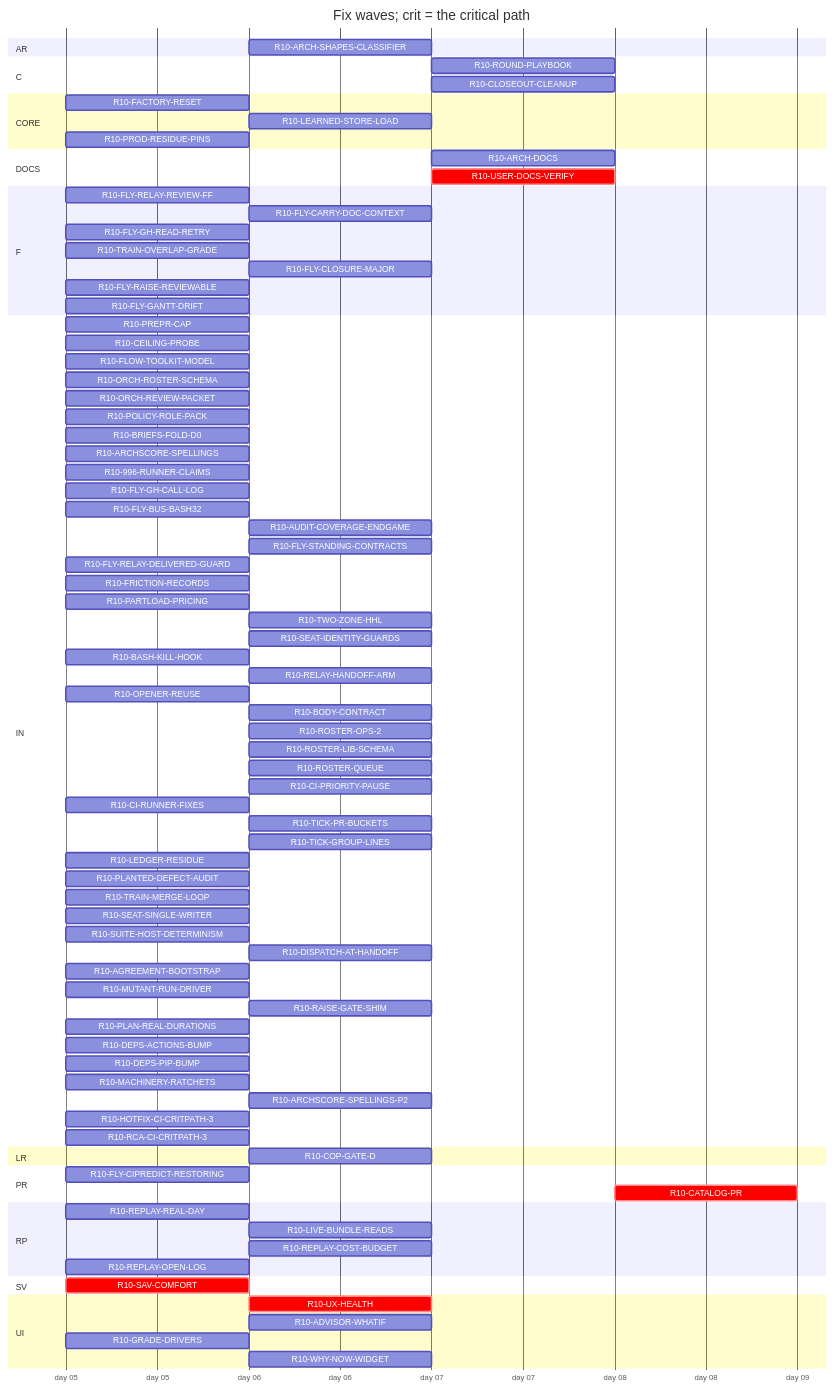
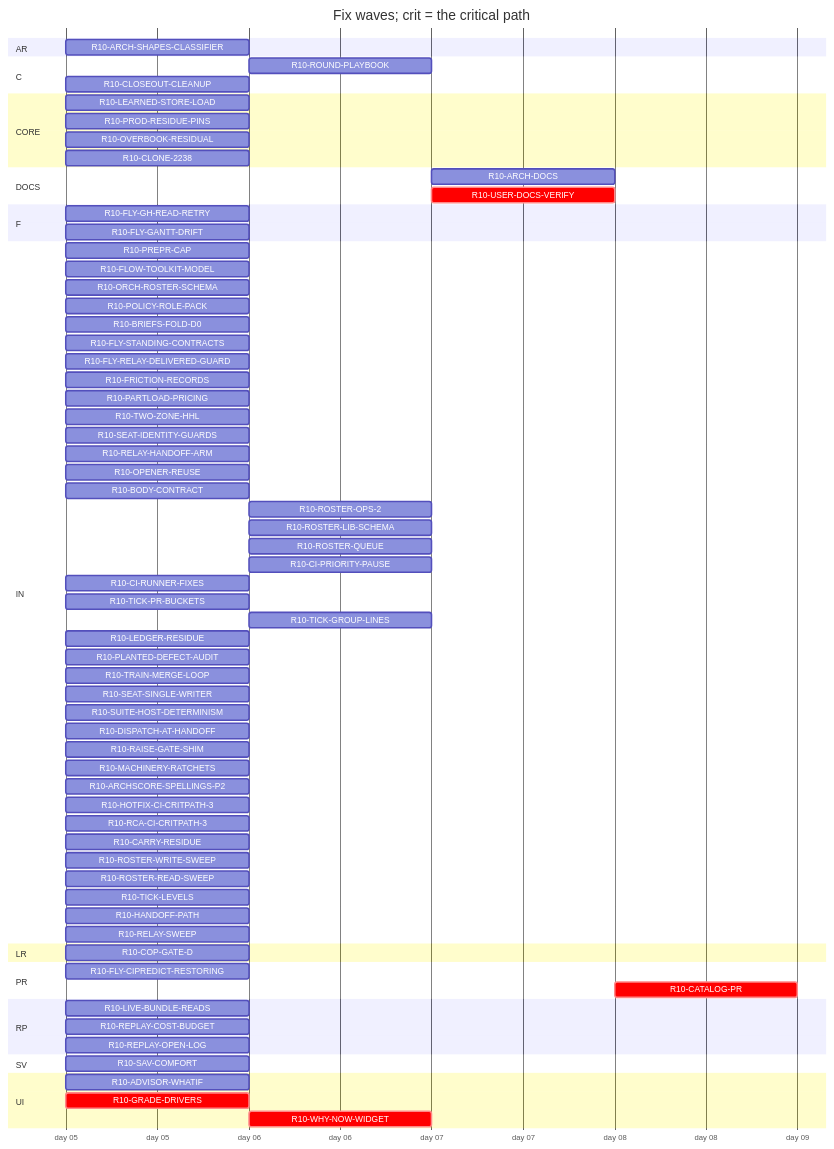
Before and after one commit to tvofi/heatpump_optimizer: the diagram in handoff/round10/state/PLAN-TABLE.md, drawn with Mermaid. The commit also changed other lines of this file and 4 other files, not shown here.

Commit message:
state: FLOW-BOARD.md, NEXT-SESSION-PROMPT.md, PLAN-TABLE.md, PLAN.html, RESUME-CURRENT.md regenerated (state_docs.py)

````diff
--- a/handoff/round10/state/PLAN-TABLE.md
+++ b/handoff/round10/state/PLAN-TABLE.md
@@ -27,86 +27,73 @@
   dateFormat YYYY-MM-DD
   axisFormat day %d
   section AR
-    R10-ARCH-SHAPES-CLASSIFIER :r10ARCHSHAPESCLASSIFIER, after r10996RUNNERCLAIMS, 1d
+    R10-ARCH-SHAPES-CLASSIFIER :r10ARCHSHAPESCLASSIFIER, 2026-01-05, 1d
   section C
-    R10-ROUND-PLAYBOOK :r10ROUNDPLAYBOOK, after r10POLICYROLEPACK r10FRICTIONRECORDS r10COPGATED r10GRADEDRIVERS r10PARTLOADPRICING r10TWOZONEHHL r10OPENERREUSE r10BODYCONTRACT r10CIPRIORITYPAUSE r10TRAINMERGELOOP r10DISPATCHATHANDOFF r10LIVEBUNDLEREADS, 1d
-    R10-CLOSEOUT-CLEANUP :r10CLOSEOUTCLEANUP, after r10AUDITCOVERAGEENDGAME, 1d
+    R10-ROUND-PLAYBOOK :r10ROUNDPLAYBOOK, after r10MACHINERYRATCHETS r10PREPRCAP r10HANDOFFPATH r10RELAYSWEEP r10TRAINMERGELOOP r10DISPATCHATHANDOFF r10BODYCONTRACT r10TICKLEVELS r10CIPRIORITYPAUSE r10ROSTERWRITESWEEP r10ROSTERREADSWEEP r10FLYSTANDINGCONTRACTS r10POLICYROLEPACK r10FRICTIONRECORDS r10FLOWTOOLKITMODEL r10SEATIDENTITYGUARDS r10LEDGERRESIDUE r10CIRUNNERFIXES r10FLYCIPREDICTRESTORING r10RAISEGATESHIM r10PLANTEDDEFECTAUDIT r10FLYGHREADRETRY r10SUITEHOSTDETERMINISM r10ARCHSCORESPELLINGSP2, 1d
+    R10-CLOSEOUT-CLEANUP :r10CLOSEOUTCLEANUP, 2026-01-05, 1d
   section CORE
-    R10-FACTORY-RESET :r10FACTORYRESET, 2026-01-05, 1d
-    R10-LEARNED-STORE-LOAD :r10LEARNEDSTORELOAD, after r10FACTORYRESET, 1d
+    R10-LEARNED-STORE-LOAD :r10LEARNEDSTORELOAD, 2026-01-05, 1d
     R10-PROD-RESIDUE-PINS :r10PRODRESIDUEPINS, 2026-01-05, 1d
+    R10-OVERBOOK-RESIDUAL :r10OVERBOOKRESIDUAL, 2026-01-05, 1d
+    R10-CLONE-2238 :r10CLONE2238, 2026-01-05, 1d
   section DOCS
-    R10-ARCH-DOCS :r10ARCHDOCS, after r10UXHEALTH r10SAVCOMFORT r10CEILINGPROBE r10POLICYROLEPACK r10REPLAYREALDAY r10FRICTIONRECORDS r10COPGATED r10GRADEDRIVERS r10PARTLOADPRICING r10TWOZONEHHL r10OPENERREUSE r10BODYCONTRACT r10CIPRIORITYPAUSE r10TRAINMERGELOOP r10DISPATCHATHANDOFF r10LIVEBUNDLEREADS, 1d
-    R10-USER-DOCS-VERIFY :crit, r10USERDOCSVERIFY, after r10UXHEALTH r10SAVCOMFORT r10CEILINGPROBE r10FACTORYRESET r10ARCHSHAPESCLASSIFIER r10FRICTIONRECORDS r10COPGATED r10GRADEDRIVERS r10PARTLOADPRICING r10TWOZONEHHL r10LIVEBUNDLEREADS r10WHYNOWWIDGET r10ADVISORWHATIF r10LEARNEDSTORELOAD, 1d
+    R10-ARCH-DOCS :r10ARCHDOCS, after r10CARRYRESIDUE r10OVERBOOKRESIDUAL r10CLONE2238 r10SAVCOMFORT r10COPGATED r10GRADEDRIVERS r10WHYNOWWIDGET r10PARTLOADPRICING r10TWOZONEHHL r10ARCHSHAPESCLASSIFIER r10ADVISORWHATIF r10LEARNEDSTORELOAD r10PRODRESIDUEPINS r10LIVEBUNDLEREADS r10REPLAYCOSTBUDGET r10REPLAYOPENLOG r10MACHINERYRATCHETS r10PREPRCAP r10HANDOFFPATH r10RELAYSWEEP r10TRAINMERGELOOP r10DISPATCHATHANDOFF r10BODYCONTRACT r10TICKLEVELS r10CIPRIORITYPAUSE r10ROSTERWRITESWEEP r10ROSTERREADSWEEP r10FLYSTANDINGCONTRACTS r10POLICYROLEPACK r10FRICTIONRECORDS r10FLOWTOOLKITMODEL r10SEATIDENTITYGUARDS r10LEDGERRESIDUE r10CIRUNNERFIXES r10FLYCIPREDICTRESTORING r10RAISEGATESHIM r10PLANTEDDEFECTAUDIT r10FLYGHREADRETRY r10SUITEHOSTDETERMINISM r10ARCHSCORESPELLINGSP2, 1d
+    R10-USER-DOCS-VERIFY :crit, r10USERDOCSVERIFY, after r10CARRYRESIDUE r10OVERBOOKRESIDUAL r10CLONE2238 r10SAVCOMFORT r10COPGATED r10GRADEDRIVERS r10WHYNOWWIDGET r10PARTLOADPRICING r10TWOZONEHHL r10ARCHSHAPESCLASSIFIER r10ADVISORWHATIF r10LEARNEDSTORELOAD r10PRODRESIDUEPINS r10LIVEBUNDLEREADS r10REPLAYCOSTBUDGET r10REPLAYOPENLOG, 1d
   section F
-    R10-FLY-RELAY-REVIEW-FF :r10FLYRELAYREVIEWFF, 2026-01-05, 1d
-    R10-FLY-CARRY-DOC-CONTEXT :r10FLYCARRYDOCCONTEXT, after r10FLYGHREADRETRY, 1d
     R10-FLY-GH-READ-RETRY :r10FLYGHREADRETRY, 2026-01-05, 1d
-    R10-TRAIN-OVERLAP-GRADE :r10TRAINOVERLAPGRADE, 2026-01-05, 1d
-    R10-FLY-CLOSURE-MAJOR :r10FLYCLOSUREMAJOR, after r10MACHINERYRATCHETS, 1d
-    R10-FLY-RAISE-REVIEWABLE :r10FLYRAISEREVIEWABLE, 2026-01-05, 1d
     R10-FLY-GANTT-DRIFT :r10FLYGANTTDRIFT, 2026-01-05, 1d
   section IN
     R10-PREPR-CAP :r10PREPRCAP, 2026-01-05, 1d
-    R10-CEILING-PROBE :r10CEILINGPROBE, 2026-01-05, 1d
     R10-FLOW-TOOLKIT-MODEL :r10FLOWTOOLKITMODEL, 2026-01-05, 1d
     R10-ORCH-ROSTER-SCHEMA :r10ORCHROSTERSCHEMA, 2026-01-05, 1d
-    R10-ORCH-REVIEW-PACKET :r10ORCHREVIEWPACKET, 2026-01-05, 1d
     R10-POLICY-ROLE-PACK :r10POLICYROLEPACK, 2026-01-05, 1d
     R10-BRIEFS-FOLD-D0 :r10BRIEFSFOLDD0, 2026-01-05, 1d
-    R10-ARCHSCORE-SPELLINGS :r10ARCHSCORESPELLINGS, 2026-01-05, 1d
-    R10-996-RUNNER-CLAIMS :r10996RUNNERCLAIMS, 2026-01-05, 1d
-    R10-FLY-GH-CALL-LOG :r10FLYGHCALLLOG, 2026-01-05, 1d
-    R10-FLY-BUS-BASH32 :r10FLYBUSBASH32, 2026-01-05, 1d
-    R10-AUDIT-COVERAGE-ENDGAME :r10AUDITCOVERAGEENDGAME, after r10996RUNNERCLAIMS, 1d
-    R10-FLY-STANDING-CONTRACTS :r10FLYSTANDINGCONTRACTS, after r10MACHINERYRATCHETS, 1d
+    R10-FLY-STANDING-CONTRACTS :r10FLYSTANDINGCONTRACTS, 2026-01-05, 1d
     R10-FLY-RELAY-DELIVERED-GUARD :r10FLYRELAYDELIVEREDGUARD, 2026-01-05, 1d
     R10-FRICTION-RECORDS :r10FRICTIONRECORDS, 2026-01-05, 1d
     R10-PARTLOAD-PRICING :r10PARTLOADPRICING, 2026-01-05, 1d
-    R10-TWO-ZONE-HHL :r10TWOZONEHHL, after r10CEILINGPROBE, 1d
-    R10-SEAT-IDENTITY-GUARDS :r10SEATIDENTITYGUARDS, after r10PREPRCAP, 1d
-    R10-BASH-KILL-HOOK :r10BASHKILLHOOK, 2026-01-05, 1d
-    R10-RELAY-HANDOFF-ARM :r10RELAYHANDOFFARM, after r10FLYRELAYREVIEWFF, 1d
+    R10-TWO-ZONE-HHL :r10TWOZONEHHL, 2026-01-05, 1d
+    R10-SEAT-IDENTITY-GUARDS :r10SEATIDENTITYGUARDS, 2026-01-05, 1d
+    R10-RELAY-HANDOFF-ARM :r10RELAYHANDOFFARM, 2026-01-05, 1d
     R10-OPENER-REUSE :r10OPENERREUSE, 2026-01-05, 1d
-    R10-BODY-CONTRACT :r10BODYCONTRACT, after r10FLYRELAYREVIEWFF r10MUTANTRUNDRIVER, 1d
+    R10-BODY-CONTRACT :r10BODYCONTRACT, 2026-01-05, 1d
     R10-ROSTER-OPS-2 :r10ROSTEROPS2, after r10ORCHROSTERSCHEMA, 1d
     R10-ROSTER-LIB-SCHEMA :r10ROSTERLIBSCHEMA, after r10ORCHROSTERSCHEMA, 1d
     R10-ROSTER-QUEUE :r10ROSTERQUEUE, after r10ORCHROSTERSCHEMA, 1d
-    R10-CI-PRIORITY-PAUSE :r10CIPRIORITYPAUSE, after r10ORCHROSTERSCHEMA, 1d
+    R10-CI-PRIORITY-PAUSE :r10CIPRIORITYPAUSE, after r10TICKLEVELS, 1d
     R10-CI-RUNNER-FIXES :r10CIRUNNERFIXES, 2026-01-05, 1d
-    R10-TICK-PR-BUCKETS :r10TICKPRBUCKETS, after r10MUTANTRUNDRIVER, 1d
+    R10-TICK-PR-BUCKETS :r10TICKPRBUCKETS, 2026-01-05, 1d
     R10-TICK-GROUP-LINES :r10TICKGROUPLINES, after r10ORCHROSTERSCHEMA, 1d
     R10-LEDGER-RESIDUE :r10LEDGERRESIDUE, 2026-01-05, 1d
     R10-PLANTED-DEFECT-AUDIT :r10PLANTEDDEFECTAUDIT, 2026-01-05, 1d
     R10-TRAIN-MERGE-LOOP :r10TRAINMERGELOOP, 2026-01-05, 1d
     R10-SEAT-SINGLE-WRITER :r10SEATSINGLEWRITER, 2026-01-05, 1d
     R10-SUITE-HOST-DETERMINISM :r10SUITEHOSTDETERMINISM, 2026-01-05, 1d
-    R10-DISPATCH-AT-HANDOFF :r10DISPATCHATHANDOFF, after r10ORCHREVIEWPACKET r10MUTANTRUNDRIVER, 1d
-    R10-AGREEMENT-BOOTSTRAP :r10AGREEMENTBOOTSTRAP, 2026-01-05, 1d
-    R10-MUTANT-RUN-DRIVER :r10MUTANTRUNDRIVER, 2026-01-05, 1d
-    R10-RAISE-GATE-SHIM :r10RAISEGATESHIM, after r10FLYGHCALLLOG, 1d
-    R10-PLAN-REAL-DURATIONS :r10PLANREALDURATIONS, 2026-01-05, 1d
-    R10-DEPS-ACTIONS-BUMP :r10DEPSACTIONSBUMP, 2026-01-05, 1d
-    R10-DEPS-PIP-BUMP :r10DEPSPIPBUMP, 2026-01-05, 1d
+    R10-DISPATCH-AT-HANDOFF :r10DISPATCHATHANDOFF, 2026-01-05, 1d
+    R10-RAISE-GATE-SHIM :r10RAISEGATESHIM, 2026-01-05, 1d
     R10-MACHINERY-RATCHETS :r10MACHINERYRATCHETS, 2026-01-05, 1d
-    R10-ARCHSCORE-SPELLINGS-P2 :r10ARCHSCORESPELLINGSP2, after r10ARCHSCORESPELLINGS, 1d
+    R10-ARCHSCORE-SPELLINGS-P2 :r10ARCHSCORESPELLINGSP2, 2026-01-05, 1d
     R10-HOTFIX-CI-CRITPATH-3 :r10HOTFIXCICRITPATH3, 2026-01-05, 1d
     R10-RCA-CI-CRITPATH-3 :r10RCACICRITPATH3, 2026-01-05, 1d
+    R10-CARRY-RESIDUE :r10CARRYRESIDUE, 2026-01-05, 1d
+    R10-ROSTER-WRITE-SWEEP :r10ROSTERWRITESWEEP, 2026-01-05, 1d
+    R10-ROSTER-READ-SWEEP :r10ROSTERREADSWEEP, 2026-01-05, 1d
+    R10-TICK-LEVELS :r10TICKLEVELS, 2026-01-05, 1d
+    R10-HANDOFF-PATH :r10HANDOFFPATH, 2026-01-05, 1d
+    R10-RELAY-SWEEP :r10RELAYSWEEP, 2026-01-05, 1d
   section LR
-    R10-COP-GATE-D :r10COPGATED, after r10CEILINGPROBE, 1d
+    R10-COP-GATE-D :r10COPGATED, 2026-01-05, 1d
   section PR
     R10-FLY-CIPREDICT-RESTORING :r10FLYCIPREDICTRESTORING, 2026-01-05, 1d
-    R10-CATALOG-PR :crit, r10CATALOGPR, after r10USERDOCSVERIFY r10AUDITCOVERAGEENDGAME, 1d
+    R10-CATALOG-PR :crit, r10CATALOGPR, after r10USERDOCSVERIFY r10ARCHDOCS r10ROUNDPLAYBOOK r10CLOSEOUTCLEANUP, 1d
   section RP
-    R10-REPLAY-REAL-DAY :r10REPLAYREALDAY, 2026-01-05, 1d
-    R10-LIVE-BUNDLE-READS :r10LIVEBUNDLEREADS, after r10REPLAYREALDAY, 1d
-    R10-REPLAY-COST-BUDGET :r10REPLAYCOSTBUDGET, after r10REPLAYREALDAY, 1d
+    R10-LIVE-BUNDLE-READS :r10LIVEBUNDLEREADS, 2026-01-05, 1d
+    R10-REPLAY-COST-BUDGET :r10REPLAYCOSTBUDGET, 2026-01-05, 1d
     R10-REPLAY-OPEN-LOG :r10REPLAYOPENLOG, 2026-01-05, 1d
   section SV
-    R10-SAV-COMFORT :crit, r10SAVCOMFORT, 2026-01-05, 1d
+    R10-SAV-COMFORT :r10SAVCOMFORT, 2026-01-05, 1d
   section UI
-    R10-UX-HEALTH :crit, r10UXHEALTH, after r10SAVCOMFORT, 1d
-    R10-ADVISOR-WHATIF :r10ADVISORWHATIF, after r10SAVCOMFORT, 1d
-    R10-GRADE-DRIVERS :r10GRADEDRIVERS, 2026-01-05, 1d
-    R10-WHY-NOW-WIDGET :r10WHYNOWWIDGET, after r10GRADEDRIVERS, 1d
+    R10-ADVISOR-WHATIF :r10ADVISORWHATIF, 2026-01-05, 1d
+    R10-GRADE-DRIVERS :crit, r10GRADEDRIVERS, 2026-01-05, 1d
+    R10-WHY-NOW-WIDGET :crit, r10WHYNOWWIDGET, after r10GRADEDRIVERS, 1d
 ```
````
